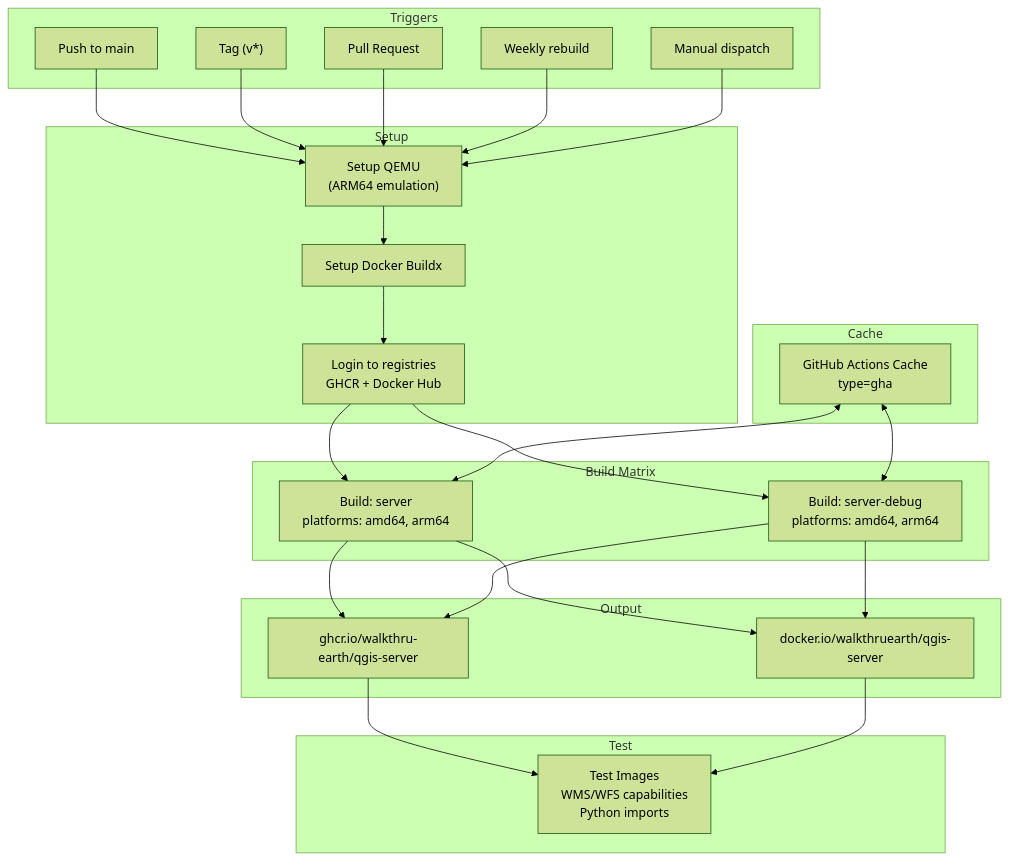
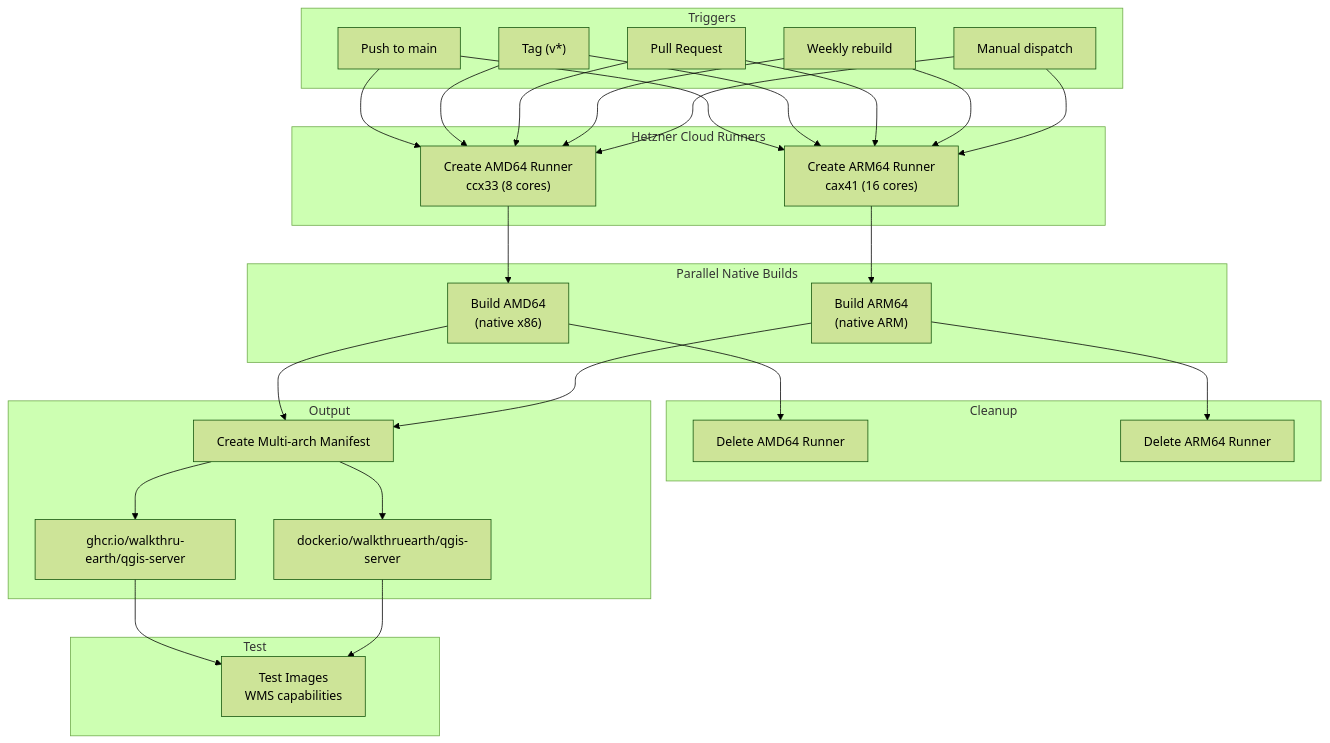
The fifth of 7 diagrams in ARCHITECTURE.md (walkthru-earth/qgis-server), drawn with Mermaid (forest theme) before and after one commit. The commit also changed other lines of this file and 3 other files, not shown here.

First line of the commit message:
Use Hetzner Cloud self-hosted runners for native builds

````diff
--- a/ARCHITECTURE.md
+++ b/ARCHITECTURE.md
@@ -286,41 +294,41 @@
 ```mermaid
 flowchart TB
     subgraph "Triggers"
         PUSH["Push to main"]
         TAG["Tag (v*)"]
         PR["Pull Request"]
         SCHEDULE["Weekly rebuild"]
         MANUAL["Manual dispatch"]
     end
 
-    subgraph "Setup"
-        QEMU["Setup QEMU<br/>(ARM64 emulation)"]
-        BUILDX["Setup Docker Buildx"]
-        LOGIN["Login to registries<br/>GHCR + Docker Hub"]
+    subgraph "Hetzner Cloud Runners"
+        CREATE_AMD["Create AMD64 Runner<br/>ccx33 (8 cores)"]
+        CREATE_ARM["Create ARM64 Runner<br/>cax41 (16 cores)"]
     end
 
-    subgraph "Build Matrix"
-        SERVER["Build: server<br/>platforms: amd64, arm64"]
-        DEBUG["Build: server-debug<br/>platforms: amd64, arm64"]
+    subgraph "Parallel Native Builds"
+        BUILD_AMD["Build AMD64<br/>(native x86)"]
+        BUILD_ARM["Build ARM64<br/>(native ARM)"]
     end
 
-    subgraph "Cache"
-        GHA["GitHub Actions Cache<br/>type=gha"]
+    subgraph "Cleanup"
+        DELETE_AMD["Delete AMD64 Runner"]
+        DELETE_ARM["Delete ARM64 Runner"]
     end
 
     subgraph "Output"
+        MANIFEST["Create Multi-arch Manifest"]
         GHCR["ghcr.io/walkthru-earth/qgis-server"]
         DOCKER["docker.io/walkthruearth/qgis-server"]
     end
 
     subgraph "Test"
-        TEST["Test Images<br/>WMS/WFS capabilities<br/>Python imports"]
+        TEST["Test Images<br/>WMS capabilities"]
     end
 
-    PUSH & TAG & PR & SCHEDULE & MANUAL --> QEMU
-    QEMU --> BUILDX --> LOGIN
-    LOGIN --> SERVER & DEBUG
-    GHA <--> SERVER & DEBUG
-    SERVER & DEBUG --> GHCR & DOCKER
-    GHCR & DOCKER --> TEST
+    PUSH & TAG & PR & SCHEDULE & MANUAL --> CREATE_AMD & CREATE_ARM
+    CREATE_AMD --> BUILD_AMD --> DELETE_AMD
+    CREATE_ARM --> BUILD_ARM --> DELETE_ARM
+    BUILD_AMD & BUILD_ARM --> MANIFEST
+    MANIFEST --> GHCR & DOCKER --> TEST
 ```
````
